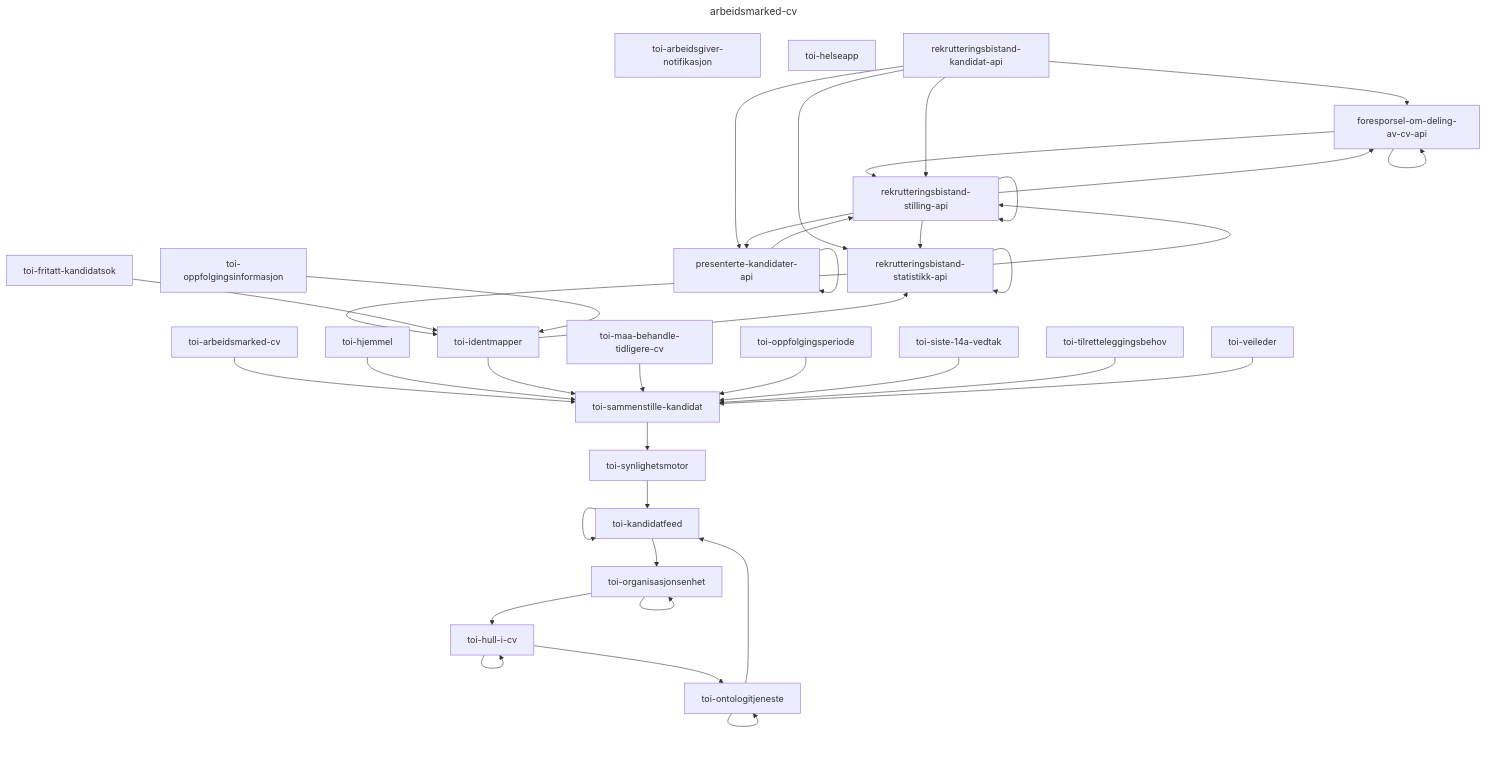
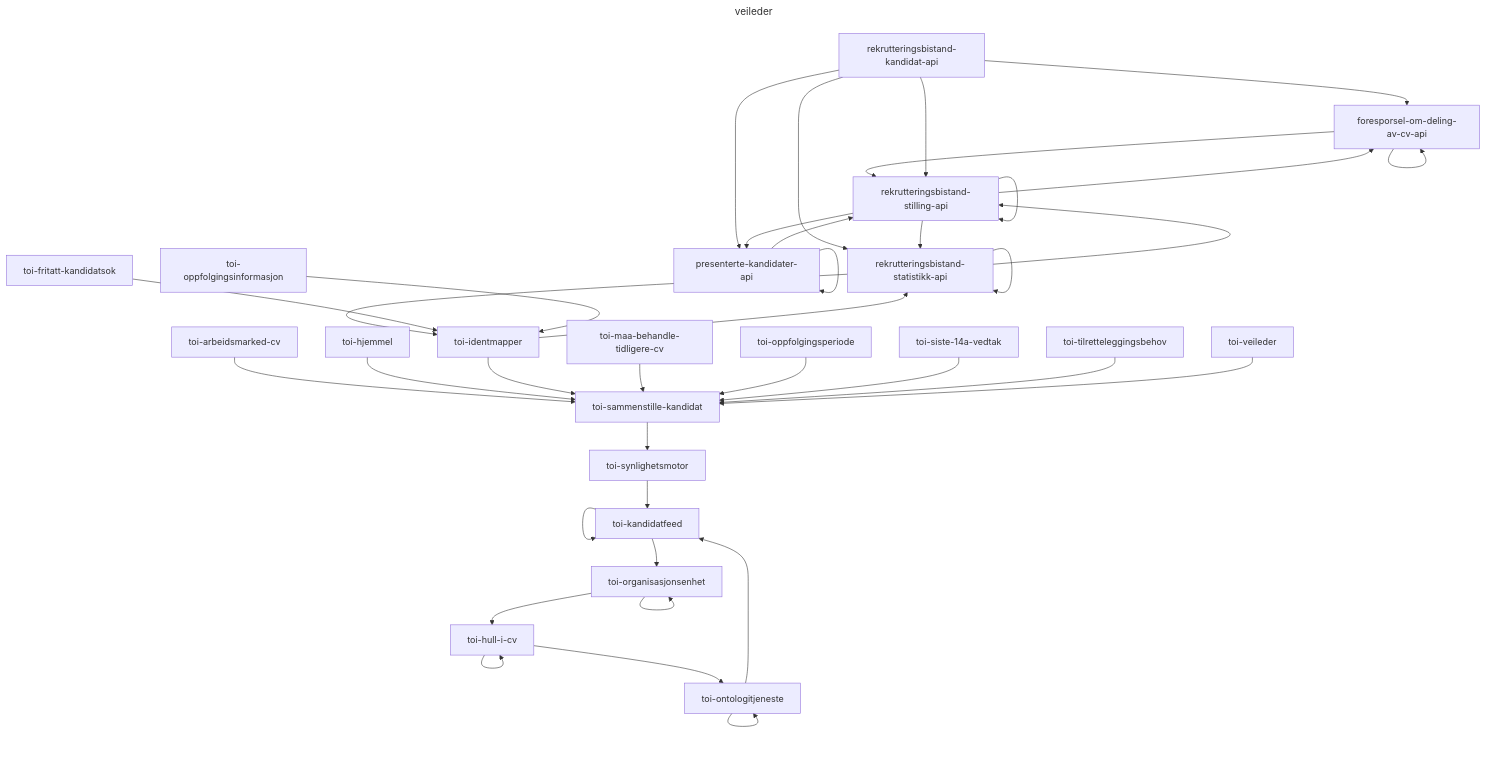
The tenth of 34 diagrams in README.md (navikt/toi-rapids-and-rivers-grapher), drawn with Mermaid before and after one commit. The commit also changed other lines of this file, not shown here.

````diff
--- a/README.md
+++ b/README.md
@@ -458,46 +402,44 @@
 ```mermaid
 ---
-title: arbeidsmarked-cv
+title: veileder
 ---
 graph TD;
-toi-arbeidsgiver-notifikasjon;
-toi-helseapp;
 foresporsel-om-deling-av-cv-api --> foresporsel-om-deling-av-cv-api;
 foresporsel-om-deling-av-cv-api --> rekrutteringsbistand-stilling-api;
 presenterte-kandidater-api --> presenterte-kandidater-api;
 presenterte-kandidater-api --> rekrutteringsbistand-stilling-api;
 rekrutteringsbistand-kandidat-api --> foresporsel-om-deling-av-cv-api;
 rekrutteringsbistand-kandidat-api --> presenterte-kandidater-api;
 rekrutteringsbistand-kandidat-api --> rekrutteringsbistand-statistikk-api;
 rekrutteringsbistand-kandidat-api --> rekrutteringsbistand-stilling-api;
 rekrutteringsbistand-statistikk-api --> rekrutteringsbistand-statistikk-api;
 rekrutteringsbistand-statistikk-api --> rekrutteringsbistand-stilling-api;
 rekrutteringsbistand-statistikk-api --> toi-identmapper;
 rekrutteringsbistand-stilling-api --> foresporsel-om-deling-av-cv-api;
 rekrutteringsbistand-stilling-api --> presenterte-kandidater-api;
 rekrutteringsbistand-stilling-api --> rekrutteringsbistand-statistikk-api;
 rekrutteringsbistand-stilling-api --> rekrutteringsbistand-stilling-api;
 toi-arbeidsmarked-cv --> toi-sammenstille-kandidat;
 toi-fritatt-kandidatsok --> toi-identmapper;
 toi-hjemmel --> toi-sammenstille-kandidat;
 toi-hull-i-cv --> toi-hull-i-cv;
 toi-hull-i-cv --> toi-ontologitjeneste;
 toi-identmapper --> rekrutteringsbistand-statistikk-api;
 toi-identmapper --> toi-sammenstille-kandidat;
 toi-kandidatfeed --> toi-kandidatfeed;
 toi-kandidatfeed --> toi-organisasjonsenhet;
 toi-maa-behandle-tidligere-cv --> toi-sammenstille-kandidat;
 toi-ontologitjeneste --> toi-kandidatfeed;
 toi-ontologitjeneste --> toi-ontologitjeneste;
 toi-oppfolgingsinformasjon --> toi-identmapper;
 toi-oppfolgingsperiode --> toi-sammenstille-kandidat;
 toi-organisasjonsenhet --> toi-hull-i-cv;
 toi-organisasjonsenhet --> toi-organisasjonsenhet;
 toi-sammenstille-kandidat --> toi-synlighetsmotor;
 toi-siste-14a-vedtak --> toi-sammenstille-kandidat;
 toi-synlighetsmotor --> toi-kandidatfeed;
 toi-tilretteleggingsbehov --> toi-sammenstille-kandidat;
 toi-veileder --> toi-sammenstille-kandidat;
 
 
 ```
````
